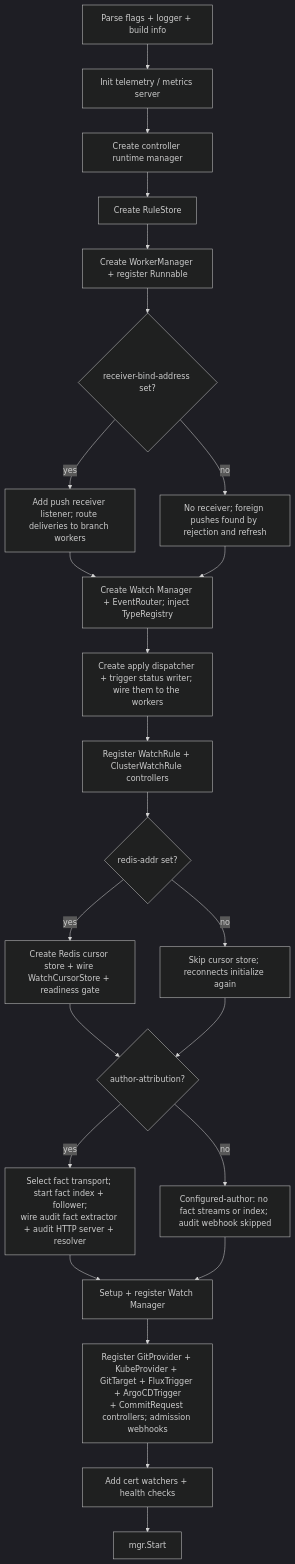
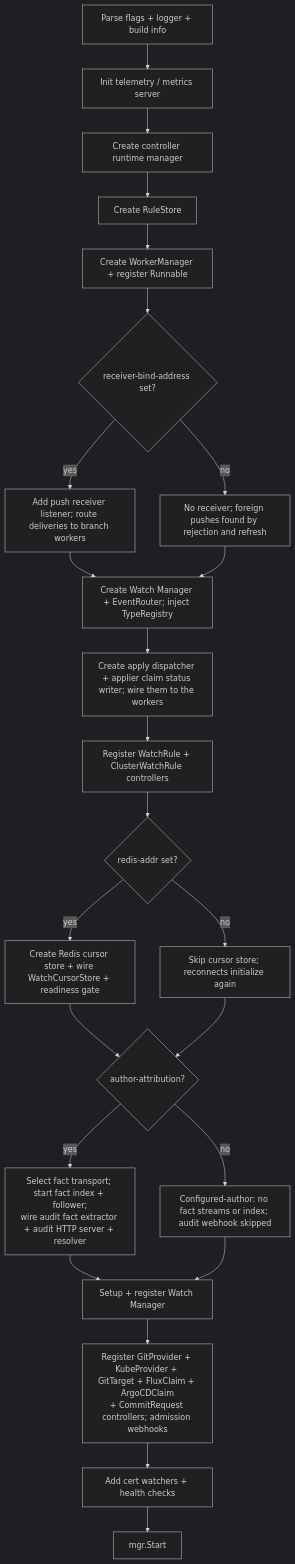
The sixth of 6 diagrams in docs/architecture.md (ConfigButler/gitops-reverser), drawn with Mermaid (dark theme) before and after one commit. The commit also changed other lines of this file and 148 other files, not shown here.

First line of the commit message:
refactor(applier)!: rename FluxTrigger/ArgoCDTrigger to FluxClaim/ArgoCDClaim (#438)

````diff
--- a/docs/architecture.md
+++ b/docs/architecture.md
@@ -1772,26 +1780,26 @@
 ```mermaid
 flowchart TD
     A[Parse flags + logger + build info] --> B[Init telemetry / metrics server]
     B --> C[Create controller runtime manager]
     C --> D[Create RuleStore]
     D --> E[Create WorkerManager + register Runnable]
     E --> R{receiver-bind-address set?}
     R -->|yes| Ri[Add push receiver listener; route deliveries to branch workers]
     R -->|no| Rj[No receiver; foreign pushes found by rejection and refresh]
     Ri --> F
     Rj --> F
-    F[Create Watch Manager + EventRouter; inject TypeRegistry] --> P[Create apply dispatcher + trigger status writer; wire them to the workers]
+    F[Create Watch Manager + EventRouter; inject TypeRegistry] --> P[Create apply dispatcher + applier claim status writer; wire them to the workers]
     P --> G[Register WatchRule + ClusterWatchRule controllers]
     G --> H{redis-addr set?}
     H -->|yes| Hi[Create Redis cursor store + wire WatchCursorStore + readiness gate]
     H -->|no| Hj[Skip cursor store; reconnects initialize again]
     Hi --> Hq{author-attribution?}
     Hj --> Hq
     Hq -->|yes| I[Select fact transport; start fact index + follower;<br/>wire audit fact extractor + audit HTTP server + resolver]
     Hq -->|no| J[Configured-author: no fact streams or index; audit webhook skipped]
     I --> K[Setup + register Watch Manager]
     J --> K
-    K --> L[Register GitProvider + KubeProvider + GitTarget + FluxTrigger + ArgoCDTrigger<br/>+ CommitRequest controllers; admission webhooks]
+    K --> L[Register GitProvider + KubeProvider + GitTarget + FluxClaim + ArgoCDClaim<br/>+ CommitRequest controllers; admission webhooks]
     L --> M[Add cert watchers + health checks]
     M --> N[mgr.Start]
 ```
````
